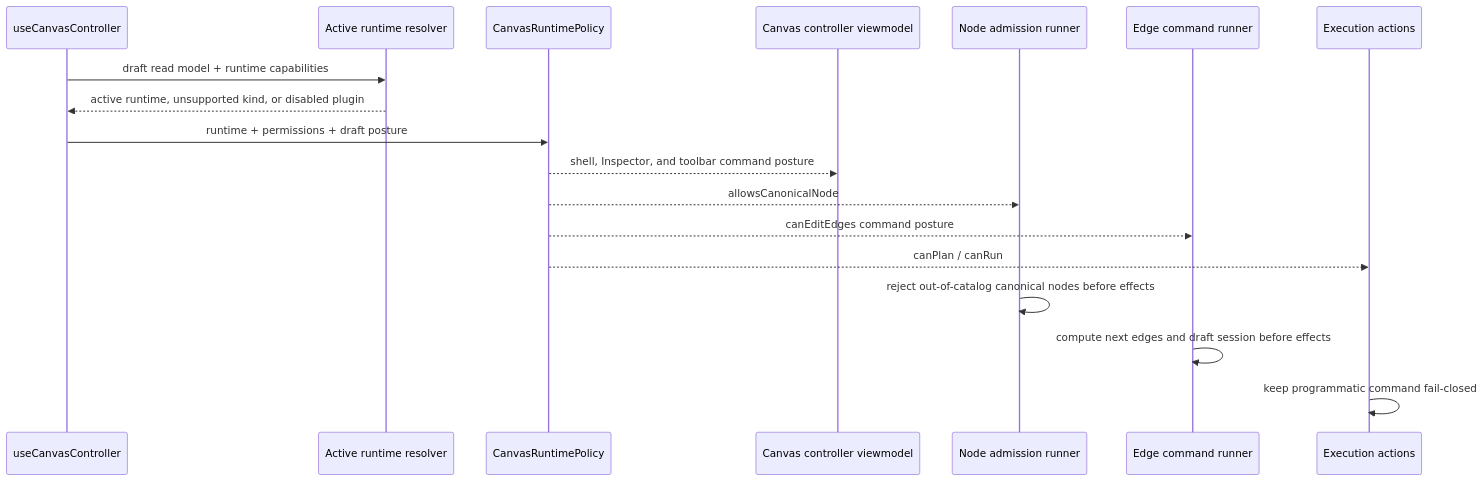
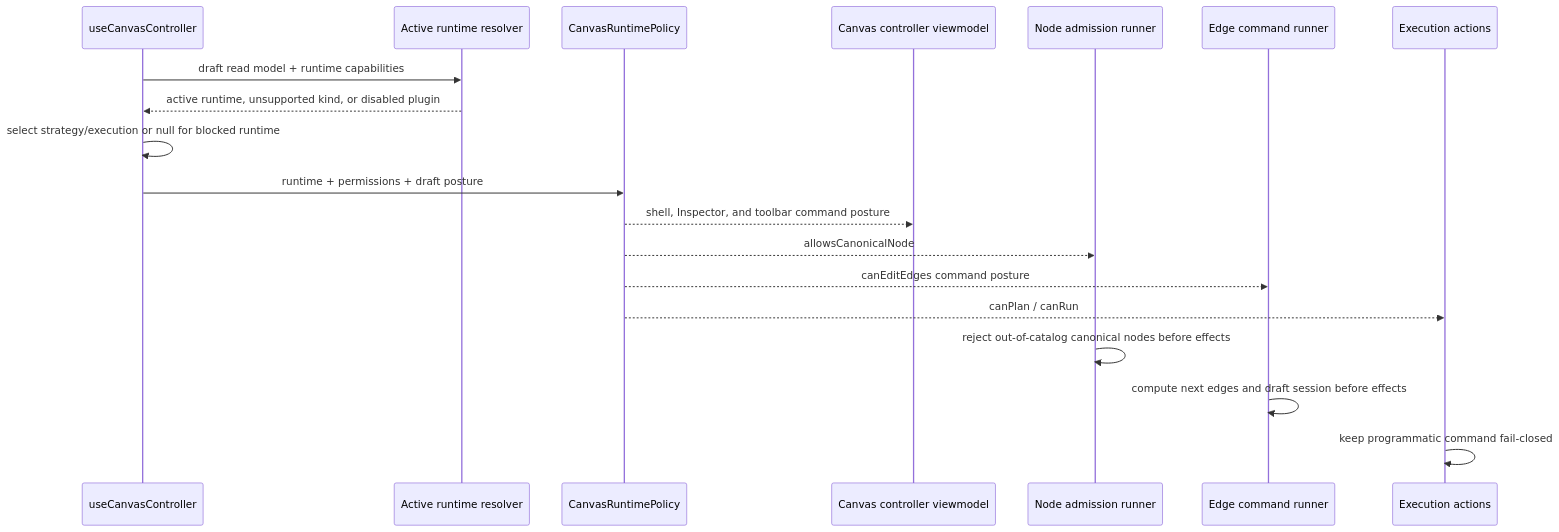
The sixth of 8 diagrams in docs/architecture/components/web/graph/graph-frontend-architecture.md (dunay2/dvt), drawn with Mermaid before and after one commit. The commit also changed other lines of this file and 12 other files, not shown here.

````diff
--- a/docs/architecture/components/web/graph/graph-frontend-architecture.md
+++ b/docs/architecture/components/web/graph/graph-frontend-architecture.md
@@ -340,21 +343,22 @@
 ```mermaid
 sequenceDiagram
   participant Route as useCanvasController
   participant Runtime as Active runtime resolver
   participant Policy as CanvasRuntimePolicy
   participant VM as Canvas controller viewmodel
   participant Runner as Node admission runner
   participant EdgeRunner as Edge command runner
   participant Exec as Execution actions
 
   Route->>Runtime: draft read model + runtime capabilities
   Runtime-->>Route: active runtime, unsupported kind, or disabled plugin
+  Route->>Route: select strategy/execution or null for blocked runtime
   Route->>Policy: runtime + permissions + draft posture
   Policy-->>VM: shell, Inspector, and toolbar command posture
   Policy-->>Runner: allowsCanonicalNode
   Policy-->>EdgeRunner: canEditEdges command posture
   Policy-->>Exec: canPlan / canRun
   Runner->>Runner: reject out-of-catalog canonical nodes before effects
   EdgeRunner->>EdgeRunner: compute next edges and draft session before effects
   Exec->>Exec: keep programmatic command fail-closed
 ```
````
